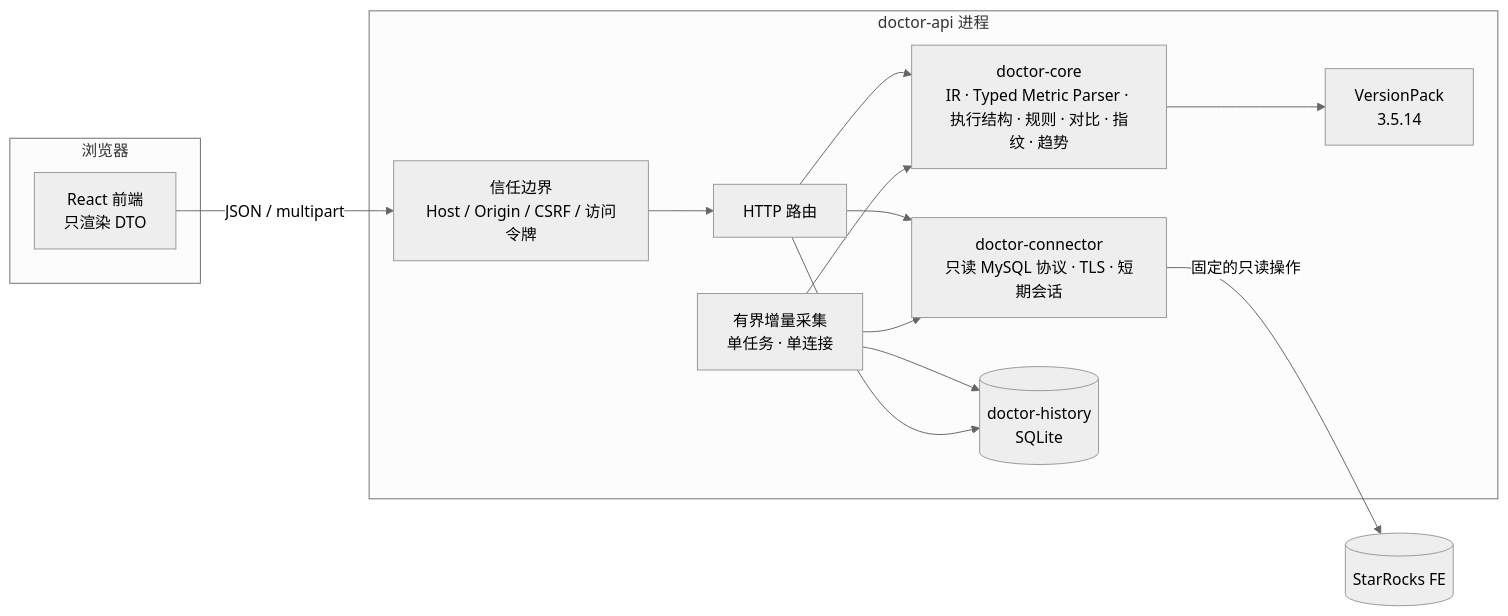
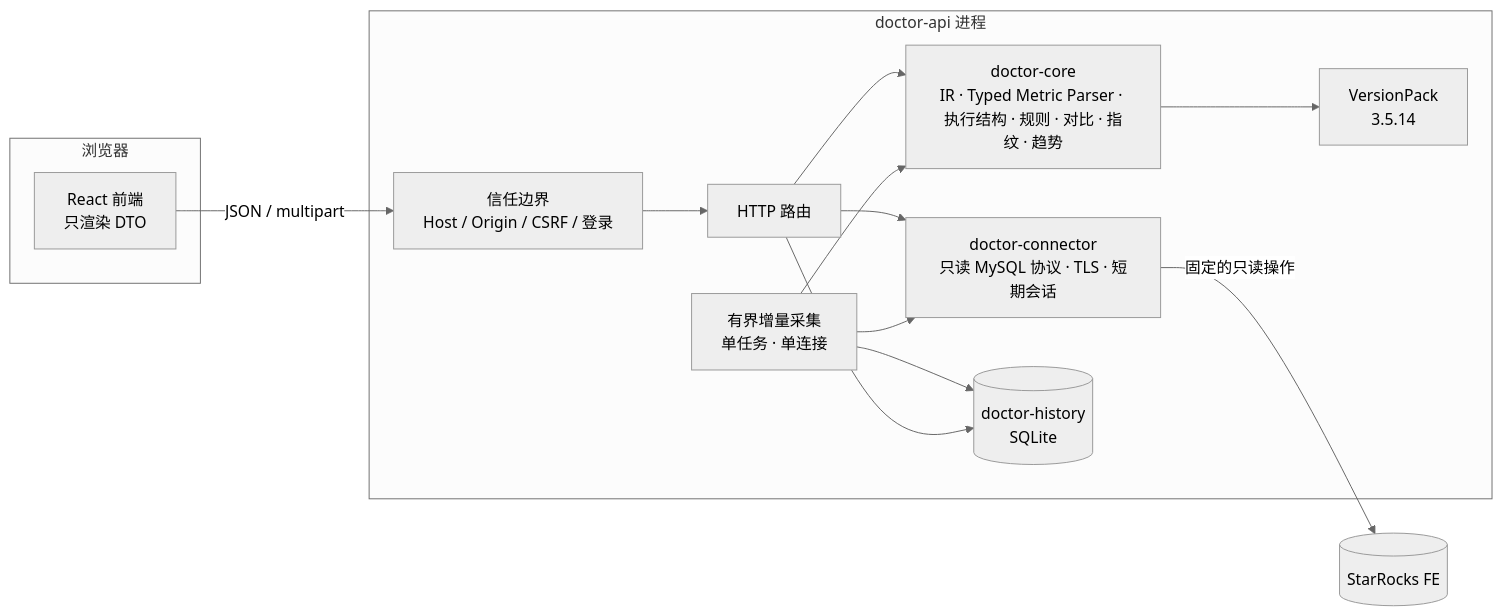
The diagram in docs/development/architecture.md (shenhui027-arch/sr-doctor), drawn with Mermaid (neutral theme) before and after one commit. The commit also changed other lines of this file and 27 other files, not shown here.

````diff
--- a/docs/development/architecture.md
+++ b/docs/development/architecture.md
@@ -5,24 +5,24 @@
 ```mermaid
 flowchart LR
     subgraph Browser[浏览器]
         UI[React 前端<br>只渲染 DTO]
     end
     subgraph Server[doctor-api 进程]
-        TB[信任边界<br>Host / Origin / CSRF / 访问令牌]
+        TB[信任边界<br>Host / Origin / CSRF / 登录]
         API[HTTP 路由]
         CORE[doctor-core<br>IR · Typed Metric Parser · 执行结构 · 规则 · 对比 · 指纹 · 趋势]
         VP[VersionPack<br>3.5.14]
         CONN[doctor-connector<br>只读 MySQL 协议 · TLS · 短期会话]
         COL[有界增量采集<br>单任务 · 单连接]
         HIST[(doctor-history<br>SQLite)]
     end
     SR[(StarRocks FE)]
 
     UI -->|JSON / multipart| TB --> API
     API --> CORE --> VP
     API --> CONN -->|固定的只读操作| SR
     COL --> CONN
     COL --> CORE
     COL --> HIST
     API --> HIST
 ```
````
